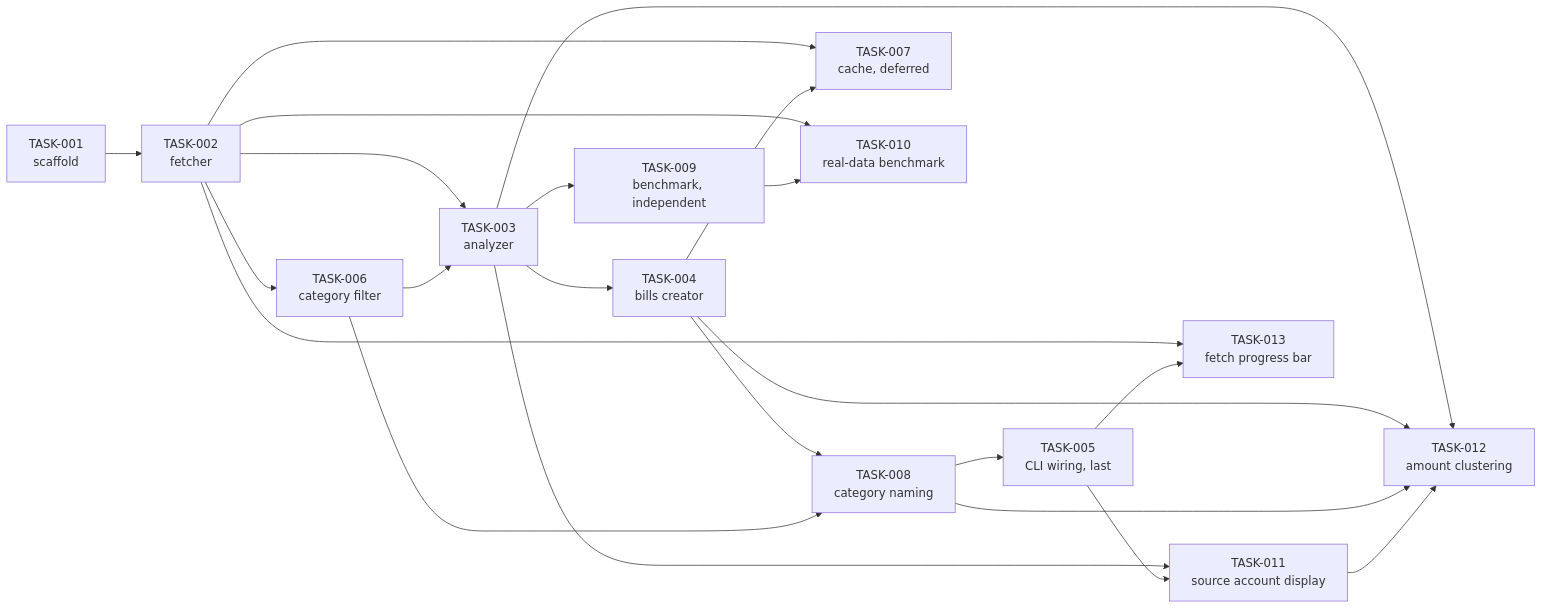
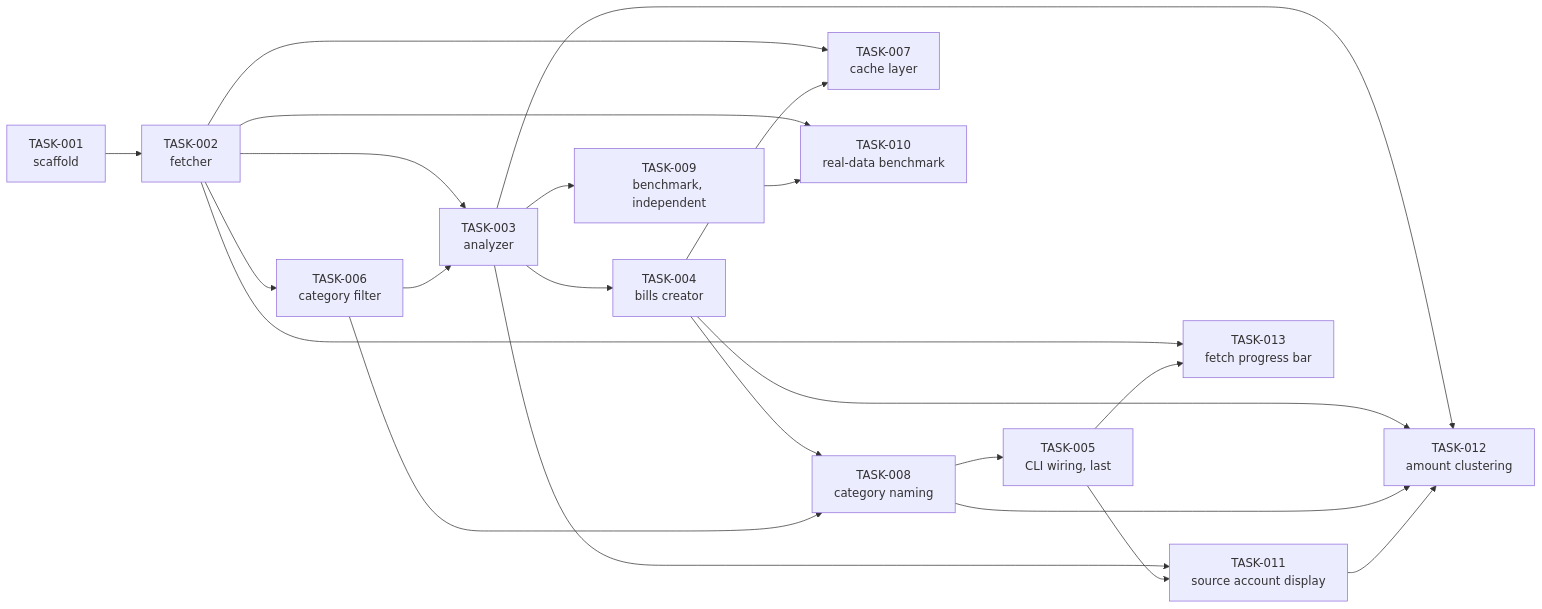
Before and after one commit to CmdrPrompt/firefly-bills-analyzer: the diagram in docs/tasks/README.md, drawn with Mermaid. The commit also changed other lines of this file and 11 other files, not shown here.

First line of the commit message:
TASK-007 Local file cache layer (UC7) (#14)

````diff
--- a/docs/tasks/README.md
+++ b/docs/tasks/README.md
@@ -28,24 +28,24 @@
 ```mermaid
 graph LR
     T001[TASK-001<br/>scaffold] --> T002[TASK-002<br/>fetcher]
     T002 --> T006[TASK-006<br/>category filter]
     T002 --> T003[TASK-003<br/>analyzer]
     T006 --> T003
     T003 --> T004[TASK-004<br/>bills creator]
     T004 --> T008[TASK-008<br/>category naming]
     T006 --> T008
-    T002 --> T007[TASK-007<br/>cache, deferred]
+    T002 --> T007[TASK-007<br/>cache layer]
     T004 --> T007
     T008 --> T005[TASK-005<br/>CLI wiring, last]
     T003 --> T009[TASK-009<br/>benchmark, independent]
     T002 --> T010[TASK-010<br/>real-data benchmark]
     T009 --> T010
     T003 --> T011[TASK-011<br/>source account display]
     T005 --> T011
     T003 --> T012[TASK-012<br/>amount clustering]
     T004 --> T012
     T008 --> T012
     T011 --> T012
     T002 --> T013[TASK-013<br/>fetch progress bar]
     T005 --> T013
 ```
````
